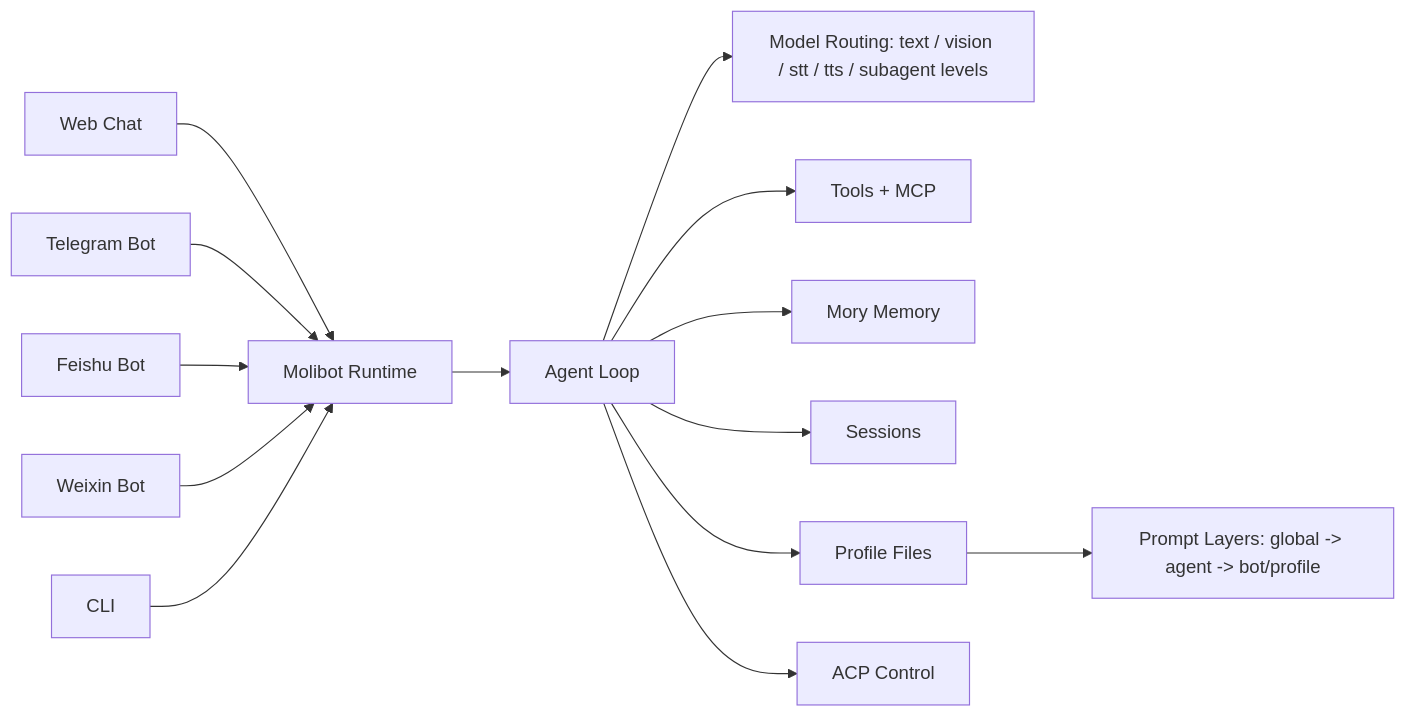
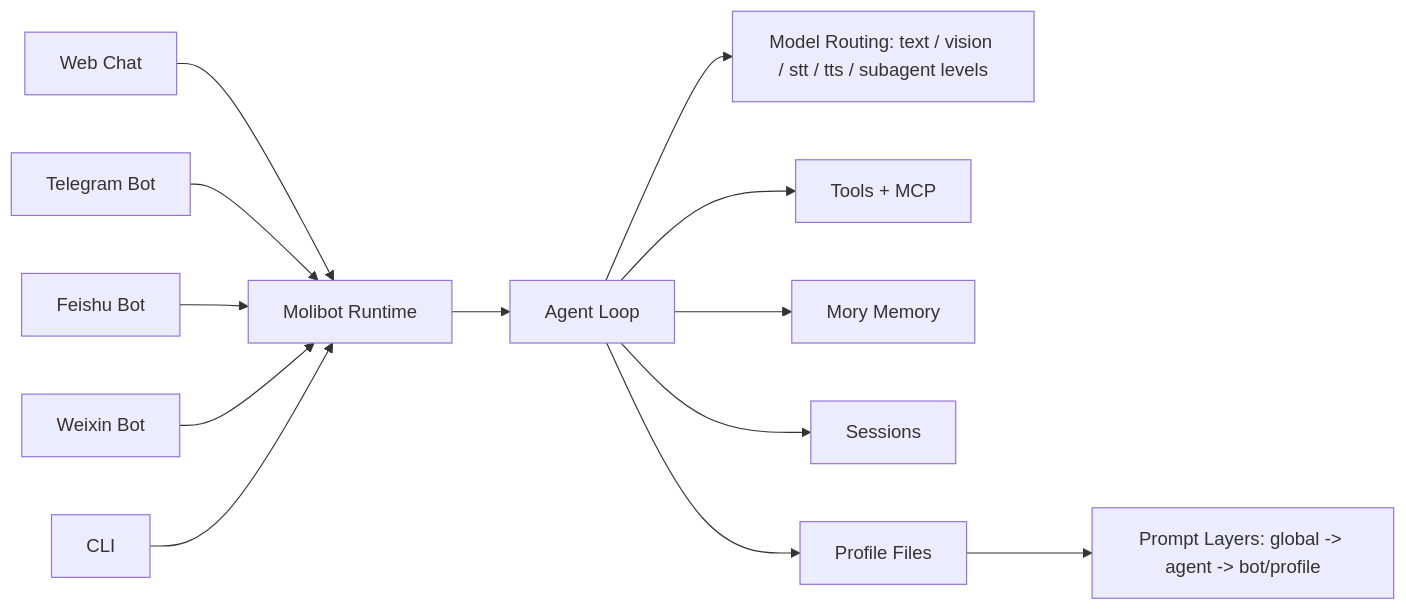
Before and after one commit to gusibi/molibot: the diagram in readme.md, drawn with Mermaid. The commit also changed other lines of this file and 282 other files, not shown here.

````diff
--- a/readme.md
+++ b/readme.md
@@ -92,18 +94,16 @@
 ```mermaid
 flowchart LR
     A[Web Chat] --> R[Molibot Runtime]
     B[Telegram Bot] --> R
     C[Feishu Bot] --> R
     D[Weixin Bot] --> R
     E[CLI] --> R
 
     R --> P[Agent Loop]
     P --> M["Model Routing: text / vision / stt / tts / subagent levels"]
     P --> T[Tools + MCP]
     P --> MM[Mory Memory]
     P --> S[Sessions]
     P --> F[Profile Files]
-    P --> ACP[ACP Control]
-
     F --> L["Prompt Layers: global -> agent -> bot/profile"]
 ```
````
